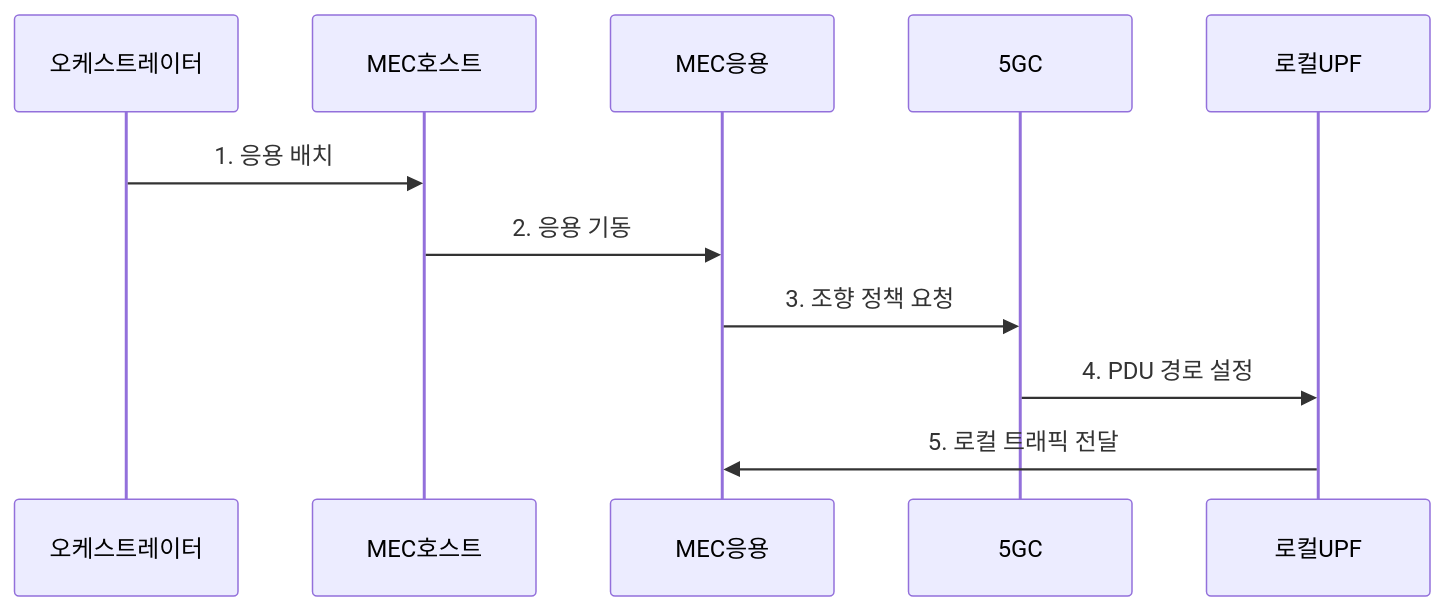
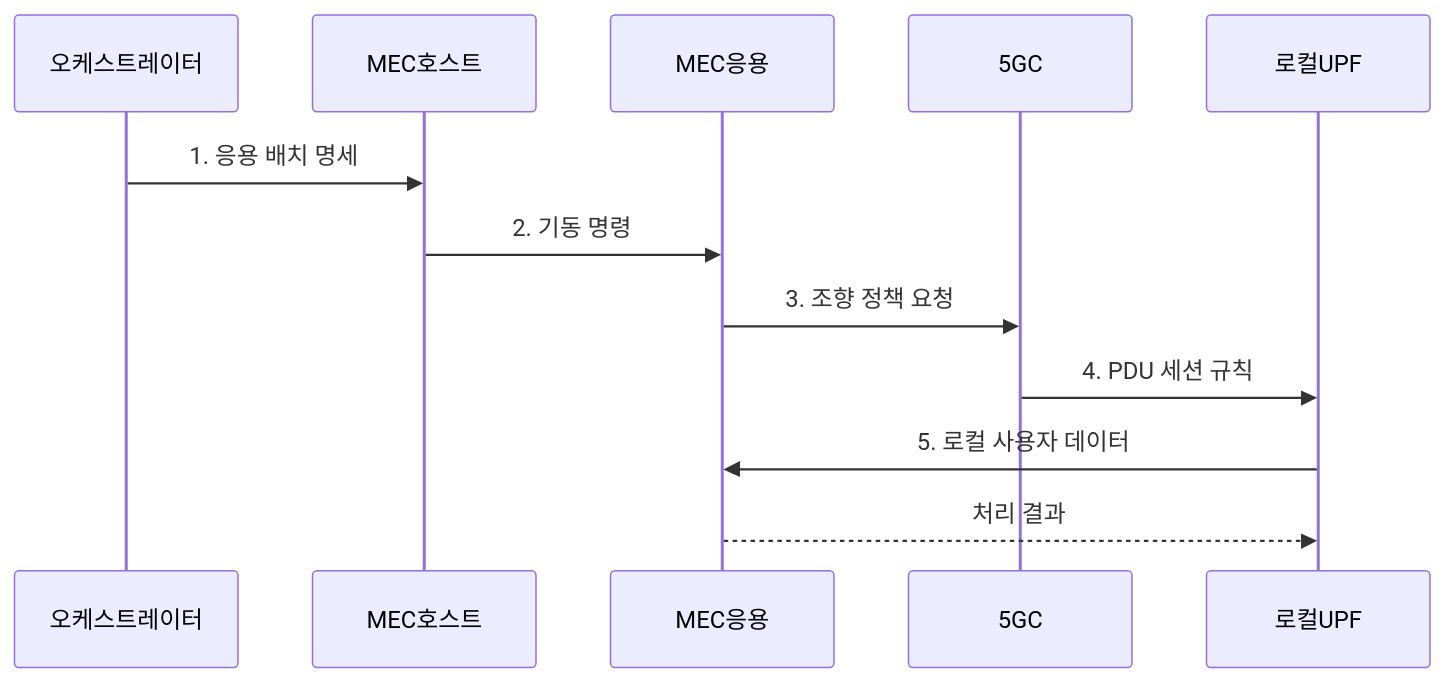
The second of 2 diagrams in src/content/docs/notes/04-network/046_mobile_edge_computing.md (agnusdei1207/knowledge-base), drawn with Mermaid before and after one commit. The commit also changed other lines of this file and 20 other files, not shown here.

````diff
--- a/src/content/docs/notes/04-network/046_mobile_edge_computing.md
+++ b/src/content/docs/notes/04-network/046_mobile_edge_computing.md
@@ -82,13 +92,14 @@
 ```mermaid
 sequenceDiagram
     participant 오케스트레이터
     participant MEC호스트
     participant MEC응용
     participant 5GC
     participant 로컬UPF
-    오케스트레이터->>MEC호스트: 1. 응용 배치
-    MEC호스트->>MEC응용: 2. 응용 기동
+    오케스트레이터->>MEC호스트: 1. 응용 배치 명세
+    MEC호스트->>MEC응용: 2. 기동 명령
     MEC응용->>5GC: 3. 조향 정책 요청
-    5GC->>로컬UPF: 4. PDU 경로 설정
-    로컬UPF->>MEC응용: 5. 로컬 트래픽 전달
+    5GC->>로컬UPF: 4. PDU 세션 규칙
+    로컬UPF->>MEC응용: 5. 로컬 사용자 데이터
+    MEC응용-->>로컬UPF: 처리 결과
 ```
````
